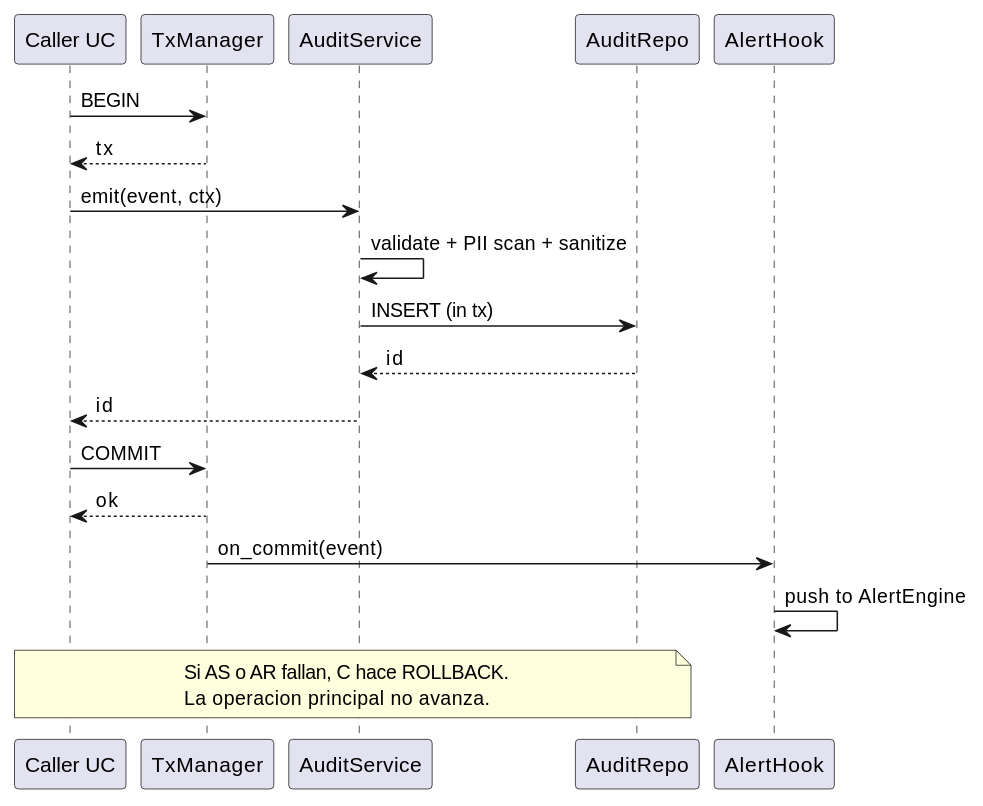
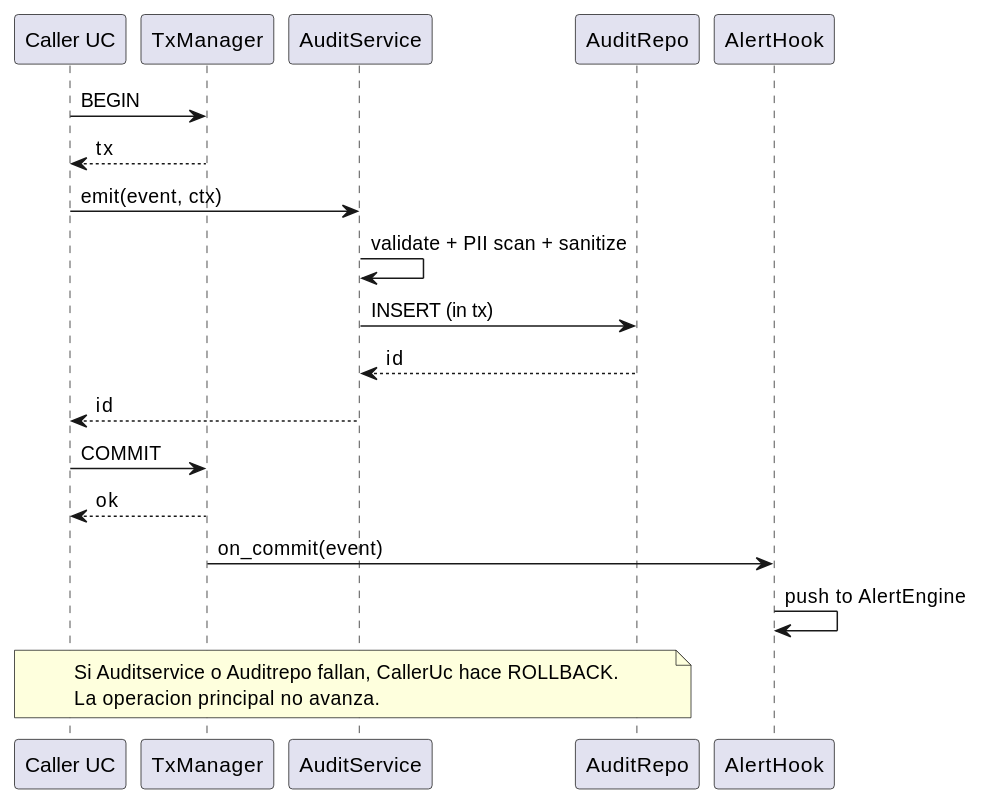
One commit to jcg-admin/IACT-docs changed the fourth of 4 diagrams in source/requisitos/casos-uso/permissions/uc-perm-09/diagramas-uml.rst. Above: the diagram before and after it, drawn with PlantUML. The commit also changed other lines of this file and 79 other files, not shown here.

First line of the commit message:
Sweep cryptic aliases in UC diagramas-uml files

```diff
--- a/source/requisitos/casos-uso/permissions/uc-perm-09/diagramas-uml.rst
+++ b/source/requisitos/casos-uso/permissions/uc-perm-09/diagramas-uml.rst
@@ -139,29 +139,29 @@
 .. uml::
  :caption: UC_PERM_09 — audit-or-abort
 
  @startuml
 
- participant "Caller UC" as C
- participant "TxManager" as TM
- participant "AuditService" as AS
- participant "AuditRepo" as AR
- participant "AlertHook" as AH
+ participant "Caller UC" as CallerUc
+ participant "TxManager" as Txmanager
+ participant "AuditService" as Auditservice
+ participant "AuditRepo" as Auditrepo
+ participant "AlertHook" as Alerthook
 
- C -> TM: BEGIN
- TM --> C: tx
- C -> AS: emit(event, ctx)
- AS -> AS: validate + PII scan + sanitize
- AS -> AR: INSERT (in tx)
- AR --> AS: id
- AS --> C: id
- C -> TM: COMMIT
- TM --> C: ok
- TM -> AH: on_commit(event)
- AH -> AH: push to AlertEngine
+ CallerUc -> Txmanager: BEGIN
+ Txmanager --> CallerUc: tx
+ CallerUc -> Auditservice: emit(event, ctx)
+ Auditservice -> Auditservice: validate + PII scan + sanitize
+ Auditservice -> Auditrepo: INSERT (in tx)
+ Auditrepo --> Auditservice: id
+ Auditservice --> CallerUc: id
+ CallerUc -> Txmanager: COMMIT
+ Txmanager --> CallerUc: ok
+ Txmanager -> Alerthook: on_commit(event)
+ Alerthook -> Alerthook: push to AlertEngine
 
- note over C, AR
-   Si AS o AR fallan, C hace ROLLBACK.
+ note over CallerUc, Auditrepo
+   Si Auditservice o Auditrepo fallan, CallerUc hace ROLLBACK.
    La operacion principal no avanza.
  end note
 
  @enduml
```
